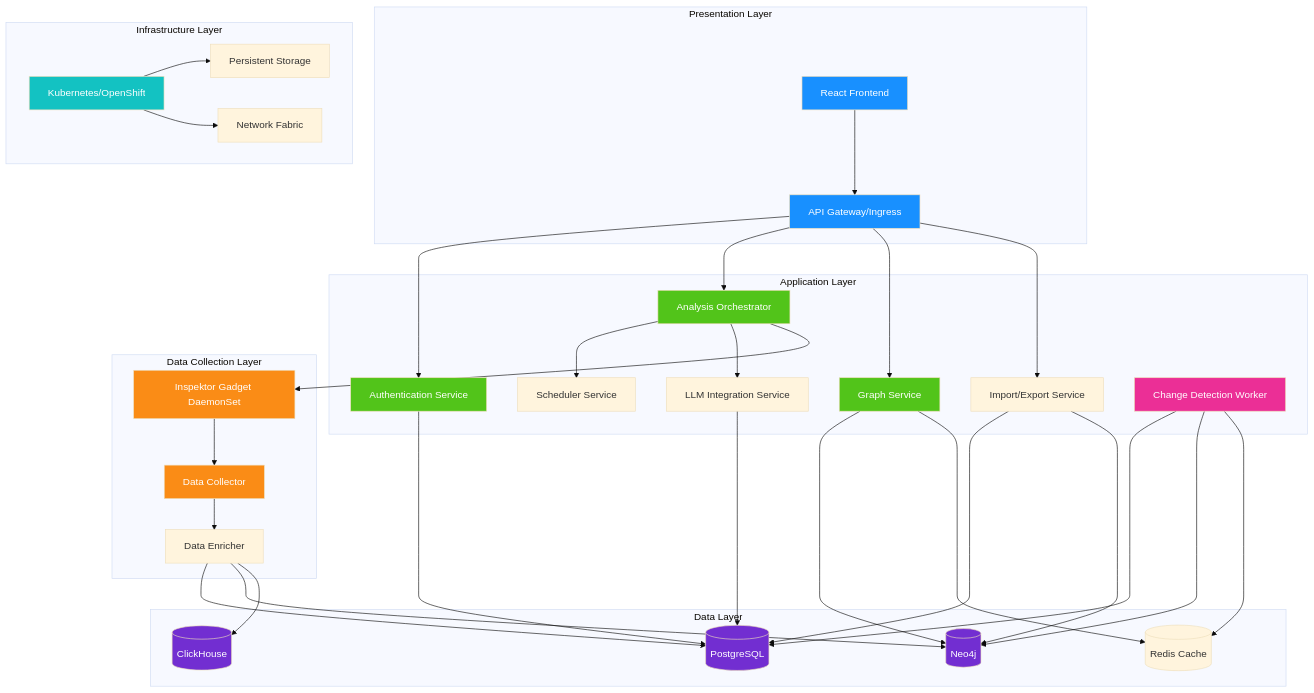
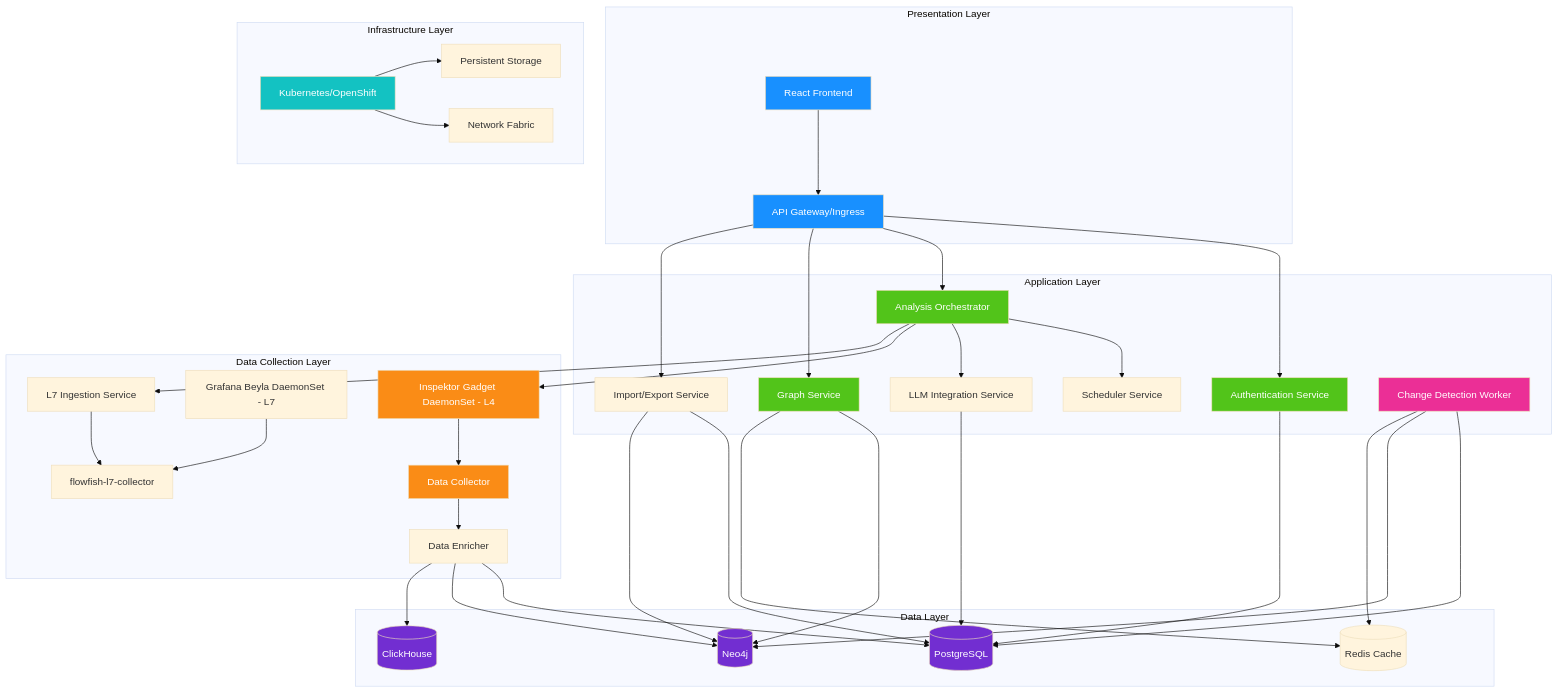
The first of 7 diagrams in docs/03-architecture.md (taylanbakircioglu/flowfish), drawn with Mermaid (base theme) before and after one commit. The commit also changed other lines of this file and 218 other files, not shown here.

First line of the commit message:
feat: L7 (Application Level) observability — Service Map, Trace Explorer, APM, Beyla

```diff
--- a/docs/03-architecture.md
+++ b/docs/03-architecture.md
@@ -54,9 +54,12 @@
     end
     
     subgraph "Data Collection Layer"
-        IG[Inspektor Gadget DaemonSet]
+        IG[Inspektor Gadget DaemonSet - L4]
+        BEYLA[Grafana Beyla DaemonSet - L7]
+        L7_COLLECTOR[flowfish-l7-collector]
         COLLECTOR[Data Collector]
         ENRICHER[Data Enricher]
+        L7_INGESTION[L7 Ingestion Service]
     end
     
     subgraph "Data Layer"
@@ -81,6 +84,9 @@
     ANALYSIS --> SCHEDULER
     ANALYSIS --> LLM
     ANALYSIS --> IG
+    ANALYSIS --> L7_INGESTION
+    BEYLA --> L7_COLLECTOR
+    L7_INGESTION --> L7_COLLECTOR
     
     GRAPH_SVC --> NEO4J
     GRAPH_SVC --> REDIS
```
